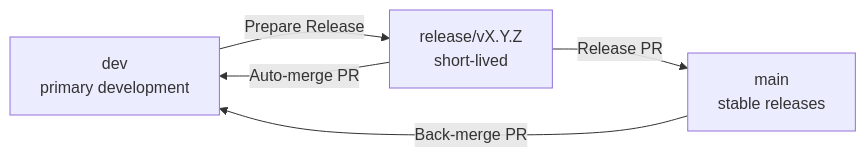
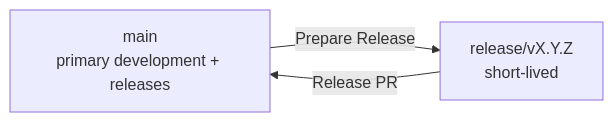
The ninth of 9 diagrams in docs/cicd.md (josstei/maestro-orchestrate), drawn with Mermaid before and after one commit. The commit also changed other lines of this file and 5 other files, not shown here.

````diff
--- a/docs/cicd.md
+++ b/docs/cicd.md
@@ -540,7 +528,5 @@
 ```mermaid
 graph LR
-    A["dev<br/>primary development"] --> |"Prepare Release"| B["release/vX.Y.Z<br/>short-lived"]
-    B --> |"Auto-merge PR"| A
-    B --> |"Release PR"| C["main<br/>stable releases"]
-    C --> |"Back-merge PR"| A
+    A["main<br/>primary development + releases"] --> |"Prepare Release"| B["release/vX.Y.Z<br/>short-lived"]
+    B --> |"Release PR"| A
 ```
````
